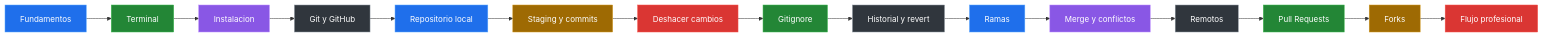
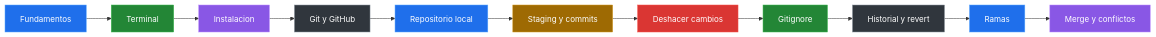
One commit to 7on2/curso-git-github-desde-cero changed the diagram in README.md. Above: the diagram before and after it, drawn with Mermaid. The commit also changed other lines of this file and 7 other files, not shown here.

````diff
--- a/README.md
+++ b/README.md
@@ -35,33 +31,25 @@
 ```mermaid
 flowchart LR
     A["Fundamentos"] --> B["Terminal"]
     B --> C["Instalacion"]
     C --> D["Git y GitHub"]
     D --> E["Repositorio local"]
     E --> F["Staging y commits"]
     F --> G["Deshacer cambios"]
     G --> H["Gitignore"]
     H --> I["Historial y revert"]
     I --> J["Ramas"]
     J --> K["Merge y conflictos"]
-    K --> L["Remotos"]
-    L --> M["Pull Requests"]
-    M --> N["Forks"]
-    N --> O["Flujo profesional"]
 
     style A fill:#1f6feb,stroke:#58a6ff,color:#fff
     style B fill:#238636,stroke:#3fb950,color:#fff
     style C fill:#8957e5,stroke:#bc8cff,color:#fff
     style D fill:#30363d,stroke:#8b949e,color:#fff
     style E fill:#1f6feb,stroke:#58a6ff,color:#fff
     style F fill:#9e6a03,stroke:#d29922,color:#fff
     style G fill:#da3633,stroke:#f85149,color:#fff
     style H fill:#238636,stroke:#3fb950,color:#fff
     style I fill:#30363d,stroke:#8b949e,color:#fff
     style J fill:#1f6feb,stroke:#58a6ff,color:#fff
     style K fill:#8957e5,stroke:#bc8cff,color:#fff
-    style L fill:#30363d,stroke:#8b949e,color:#fff
-    style M fill:#238636,stroke:#3fb950,color:#fff
-    style N fill:#9e6a03,stroke:#d29922,color:#fff
-    style O fill:#da3633,stroke:#f85149,color:#fff
 ```
````
